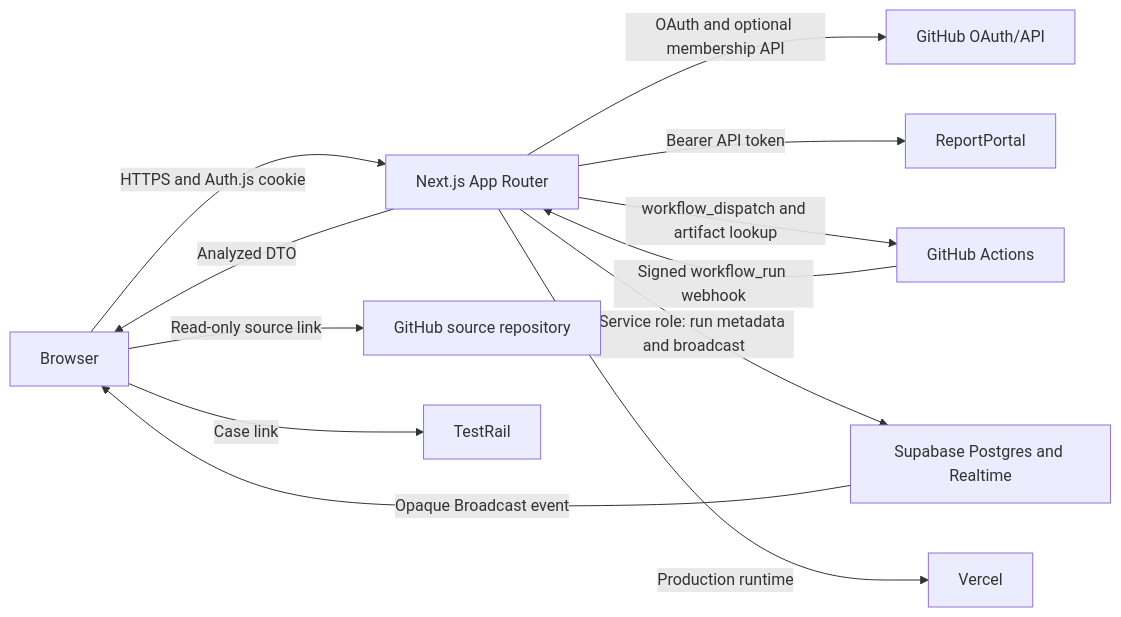
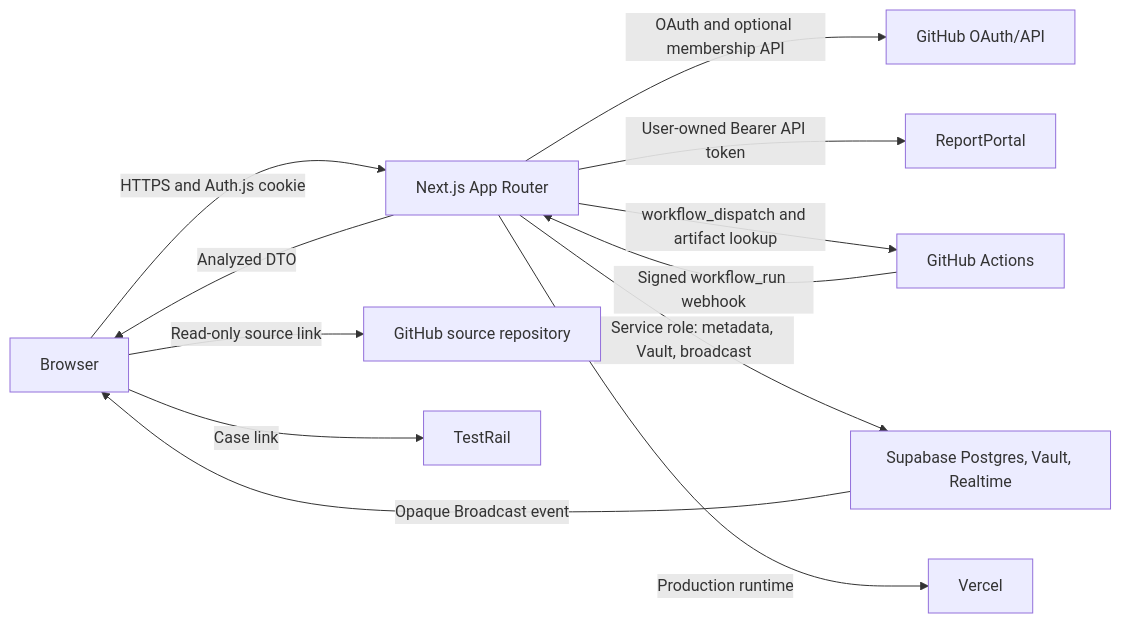
Before and after one commit to usavkov-epam/rp-failure-intelligence: the first of 3 diagrams in docs/ENGINEERING.md, drawn with Mermaid. The commit also changed other lines of this file and 29 other files, not shown here.

````diff
--- a/docs/ENGINEERING.md
+++ b/docs/ENGINEERING.md
@@ -56,14 +56,14 @@
 ```mermaid
 flowchart LR
   Browser[Browser] -->|HTTPS and Auth.js cookie| Next[Next.js App Router]
   Next -->|OAuth and optional membership API| GitHubAuth[GitHub OAuth/API]
-  Next -->|Bearer API token| RP[ReportPortal]
+  Next -->|User-owned Bearer API token| RP[ReportPortal]
   Next -->|Analyzed DTO| Browser
   Next -->|workflow_dispatch and artifact lookup| Actions[GitHub Actions]
   Actions -->|Signed workflow_run webhook| Next
-  Next -->|Service role: run metadata and broadcast| Supabase[Supabase Postgres and Realtime]
+  Next -->|Service role: metadata, Vault, broadcast| Supabase[Supabase Postgres, Vault, Realtime]
   Supabase -->|Opaque Broadcast event| Browser
   Browser -->|Read-only source link| GitHubRepo[GitHub source repository]
   Browser -->|Case link| TestRail[TestRail]
   Next -->|Production runtime| Vercel[Vercel]
 ```
````
